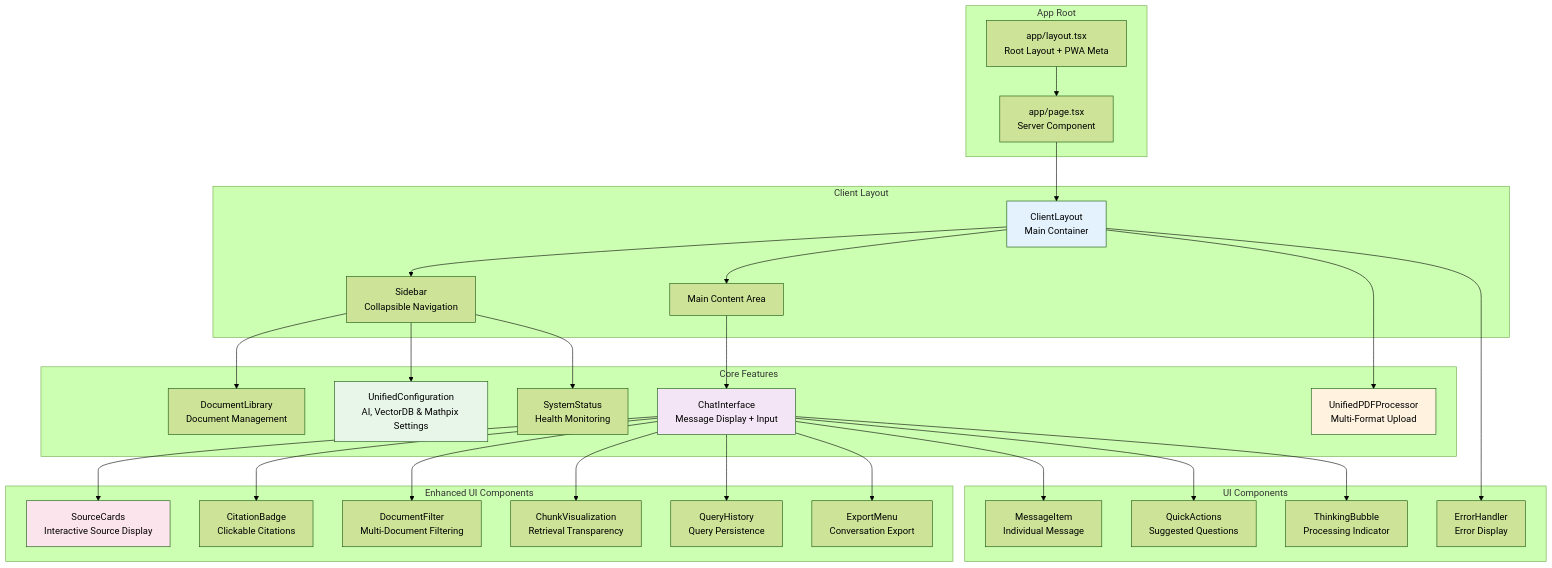
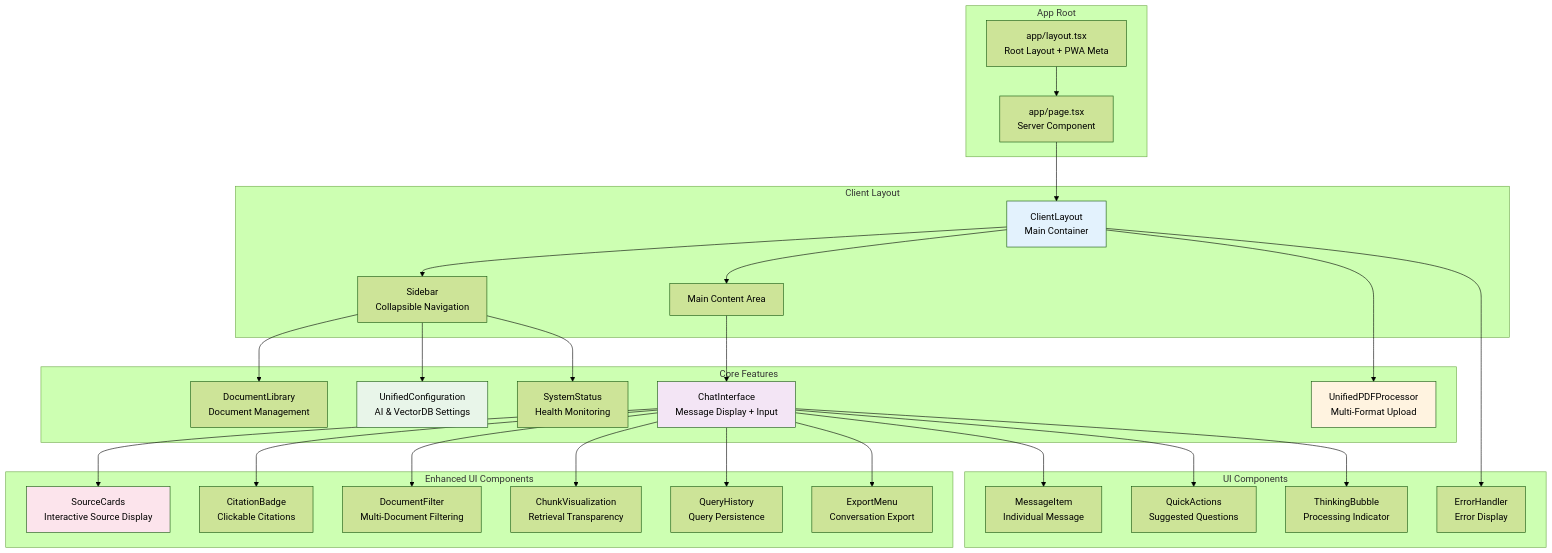
Before and after one commit to Kedhareswer/QuantumPDF_ChatApp_VectorDB: diagram 12 of 14 in docs/ARCHITECTURE_FLOWS.md, drawn with Mermaid (forest theme). The commit also changed other lines of this file and 26 other files, not shown here.

````diff
--- a/docs/ARCHITECTURE_FLOWS.md
+++ b/docs/ARCHITECTURE_FLOWS.md
@@ -654,66 +641,66 @@
 ```mermaid
 graph TB
     subgraph "App Root"
         LAYOUT[app/layout.tsx<br/>Root Layout + PWA Meta]
         PAGE[app/page.tsx<br/>Server Component]
     end
 
     subgraph "Client Layout"
         CLIENT[ClientLayout<br/>Main Container]
         SIDEBAR[Sidebar<br/>Collapsible Navigation]
         MAIN[Main Content Area]
     end
 
     subgraph "Core Features"
         CHAT[ChatInterface<br/>Message Display + Input]
         DOCS[DocumentLibrary<br/>Document Management]
         UPLOAD[UnifiedPDFProcessor<br/>Multi-Format Upload]
-        CONFIG[UnifiedConfiguration<br/>AI, VectorDB & Mathpix Settings]
+        CONFIG[UnifiedConfiguration<br/>AI & VectorDB Settings]
         STATUS[SystemStatus<br/>Health Monitoring]
     end
 
     subgraph "Enhanced UI Components"
         SOURCE_CARDS[SourceCards<br/>Interactive Source Display]
         CITATIONS[CitationBadge<br/>Clickable Citations]
         FILTER[DocumentFilter<br/>Multi-Document Filtering]
         CHUNKS[ChunkVisualization<br/>Retrieval Transparency]
         HISTORY[QueryHistory<br/>Query Persistence]
         EXPORT[ExportMenu<br/>Conversation Export]
     end
 
     subgraph "UI Components"
         MSG[MessageItem<br/>Individual Message]
         QUICK[QuickActions<br/>Suggested Questions]
         THINKING[ThinkingBubble<br/>Processing Indicator]
         ERRORS[ErrorHandler<br/>Error Display]
     end
 
     LAYOUT --> PAGE
     PAGE --> CLIENT
     CLIENT --> SIDEBAR
     CLIENT --> MAIN
 
     SIDEBAR --> DOCS
     SIDEBAR --> CONFIG
     SIDEBAR --> STATUS
 
     MAIN --> CHAT
     CHAT --> SOURCE_CARDS
     CHAT --> CITATIONS
     CHAT --> FILTER
     CHAT --> CHUNKS
     CHAT --> HISTORY
     CHAT --> EXPORT
     CHAT --> MSG
     CHAT --> QUICK
     CHAT --> THINKING
 
     CLIENT --> UPLOAD
     CLIENT --> ERRORS
 
     style CLIENT fill:#e3f2fd
     style CHAT fill:#f3e5f5
     style UPLOAD fill:#fff3e0
     style SOURCE_CARDS fill:#fce4ec
     style CONFIG fill:#e8f5e9
 ```
````
